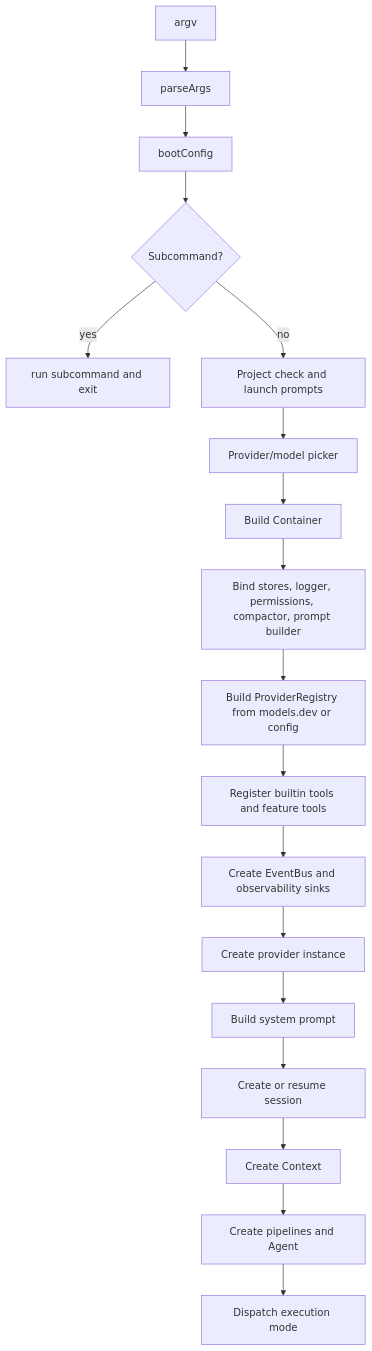
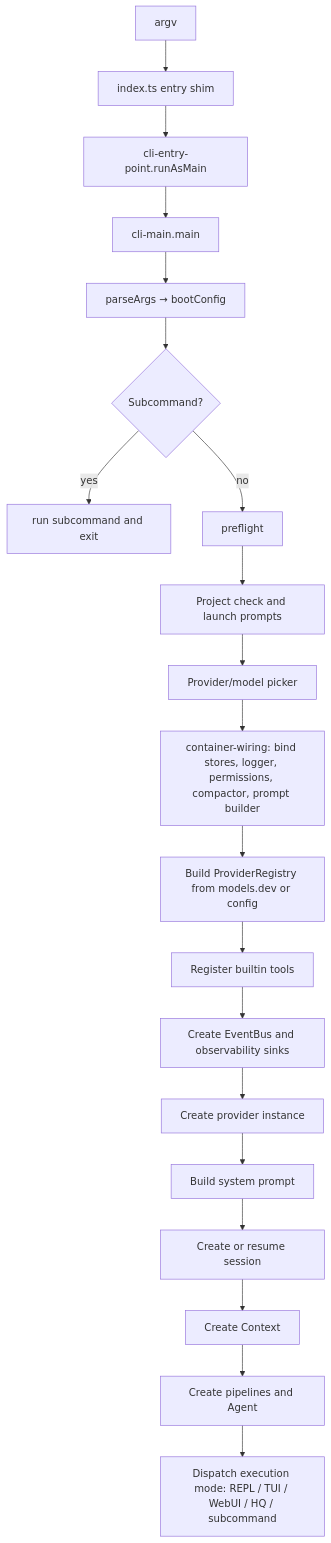
One commit to HoneyAdam/WrongStack changed the fifth of 22 diagrams in ARCHITECTURE.md. Above: the diagram before and after it, drawn with Mermaid. The commit also changed other lines of this file and 7 other files, not shown here.

````diff
--- a/ARCHITECTURE.md
+++ b/ARCHITECTURE.md
@@ -402,20 +427,22 @@
 ```mermaid
 flowchart TD
-  A[argv] --> B[parseArgs]
-  B --> C[bootConfig]
-  C --> D{Subcommand?}
-  D -->|yes| E[run subcommand and exit]
-  D -->|no| F[Project check and launch prompts]
-  F --> G[Provider/model picker]
-  G --> H[Build Container]
-  H --> I[Bind stores, logger, permissions, compactor, prompt builder]
-  I --> J[Build ProviderRegistry from models.dev or config]
-  J --> K[Register builtin tools and feature tools]
-  K --> L[Create EventBus and observability sinks]
-  L --> M[Create provider instance]
-  M --> N[Build system prompt]
-  N --> O[Create or resume session]
-  O --> P[Create Context]
-  P --> Q[Create pipelines and Agent]
-  Q --> R[Dispatch execution mode]
+  A[argv] --> B[index.ts entry shim]
+  B --> C[cli-entry-point.runAsMain]
+  C --> D[cli-main.main]
+  D --> E[parseArgs → bootConfig]
+  E --> F{Subcommand?}
+  F -->|yes| G[run subcommand and exit]
+  F -->|no| H[preflight]
+  H --> I[Project check and launch prompts]
+  I --> J[Provider/model picker]
+  J --> K[container-wiring: bind stores, logger, permissions, compactor, prompt builder]
+  K --> L[Build ProviderRegistry from models.dev or config]
+  L --> M[Register builtin tools]
+  M --> N[Create EventBus and observability sinks]
+  N --> O[Create provider instance]
+  O --> P[Build system prompt]
+  P --> Q[Create or resume session]
+  Q --> R[Create Context]
+  R --> S[Create pipelines and Agent]
+  S --> T[Dispatch execution mode: REPL / TUI / WebUI / HQ / subcommand]
 ```
````
